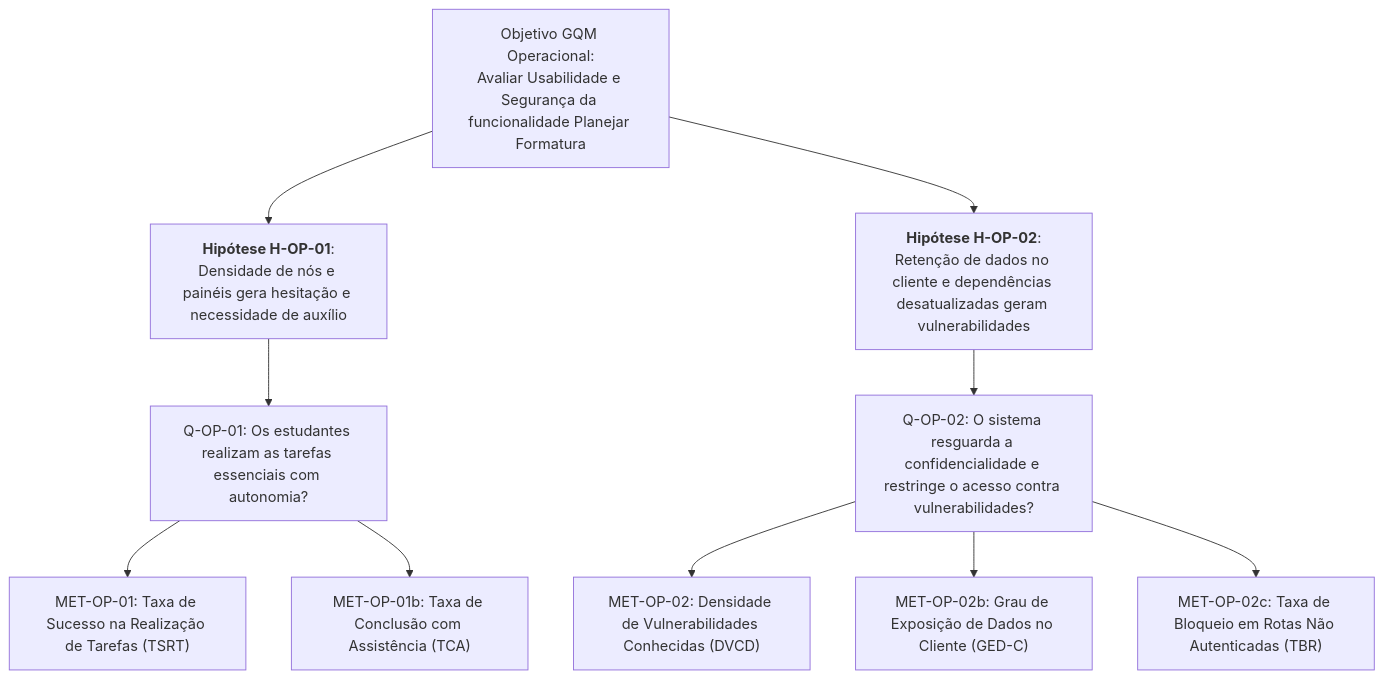
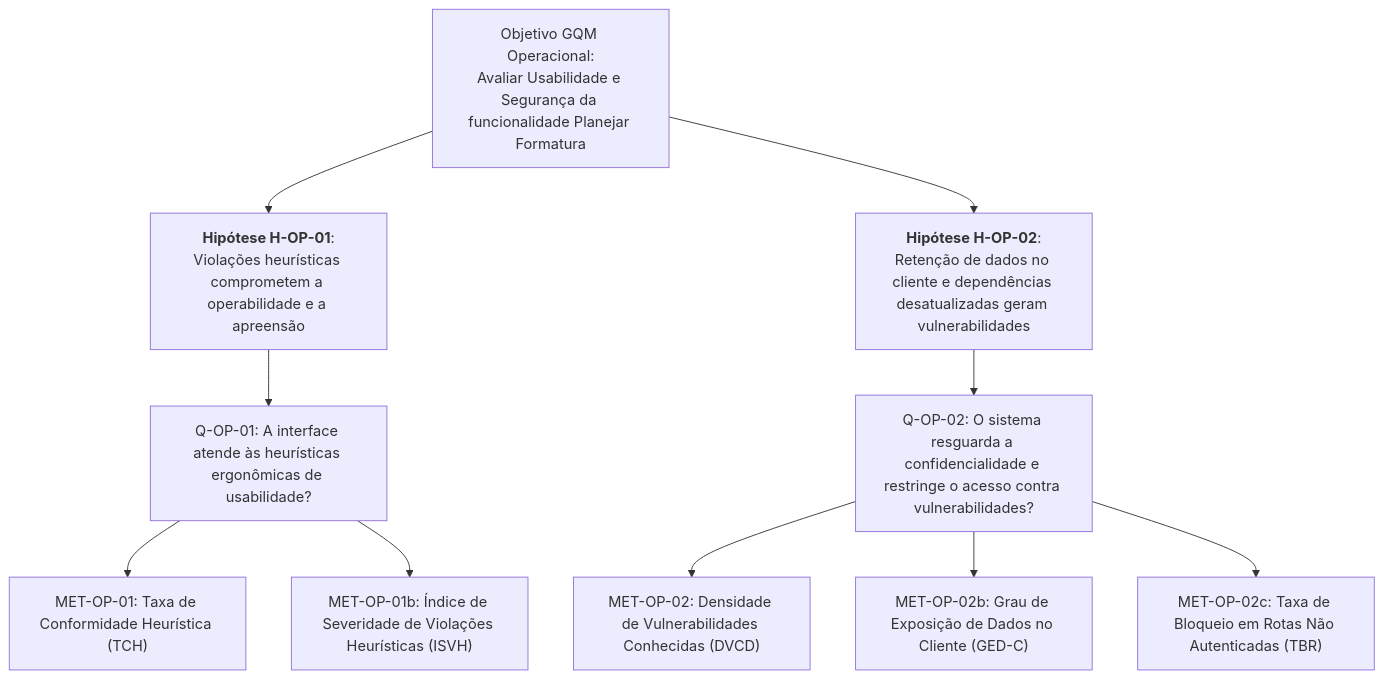
The diagram in docs/fases/fase2/metricasOperacionais.md (FCTE-Qualidade-de-Software-1/2026-2_T02_JEAN_SAMMET), drawn with Mermaid before and after one commit. The commit also changed other lines of this file and 6 other files, not shown here.

````diff
--- a/docs/fases/fase2/metricasOperacionais.md
+++ b/docs/fases/fase2/metricasOperacionais.md
@@ -23,17 +23,17 @@
 ```mermaid
 graph TD
     Goal["Objetivo GQM Operacional:<br/>Avaliar Usabilidade e Segurança da funcionalidade Planejar Formatura"]
     
-    Goal --> H1["<b>Hipótese H-OP-01</b>:<br/>Densidade de nós e painéis gera hesitação e necessidade de auxílio"]
+    Goal --> H1["<b>Hipótese H-OP-01</b>:<br/>Violações heurísticas comprometem a operabilidade e a apreensão"]
     Goal --> H2["<b>Hipótese H-OP-02</b>:<br/>Retenção de dados no cliente e dependências desatualizadas geram vulnerabilidades"]
     
-    H1 --> Q1["Q-OP-01: Os estudantes realizam as tarefas essenciais com autonomia?"]
+    H1 --> Q1["Q-OP-01: A interface atende às heurísticas ergonômicas de usabilidade?"]
     H2 --> Q2["Q-OP-02: O sistema resguarda a confidencialidade e restringe o acesso contra vulnerabilidades?"]
     
-    Q1 --> M1["MET-OP-01: Taxa de Sucesso na Realização de Tarefas (TSRT)"]
-    Q1 --> M1b["MET-OP-01b: Taxa de Conclusão com Assistência (TCA)"]
+    Q1 --> M1["MET-OP-01: Taxa de Conformidade Heurística (TCH)"]
+    Q1 --> M1b["MET-OP-01b: Índice de Severidade de Violações Heurísticas (ISVH)"]
     
     Q2 --> M2["MET-OP-02: Densidade de Vulnerabilidades Conhecidas (DVCD)"]
     Q2 --> M2b["MET-OP-02b: Grau de Exposição de Dados no Cliente (GED-C)"]
     Q2 --> M2c["MET-OP-02c: Taxa de Bloqueio em Rotas Não Autenticadas (TBR)"]
 ```
````
